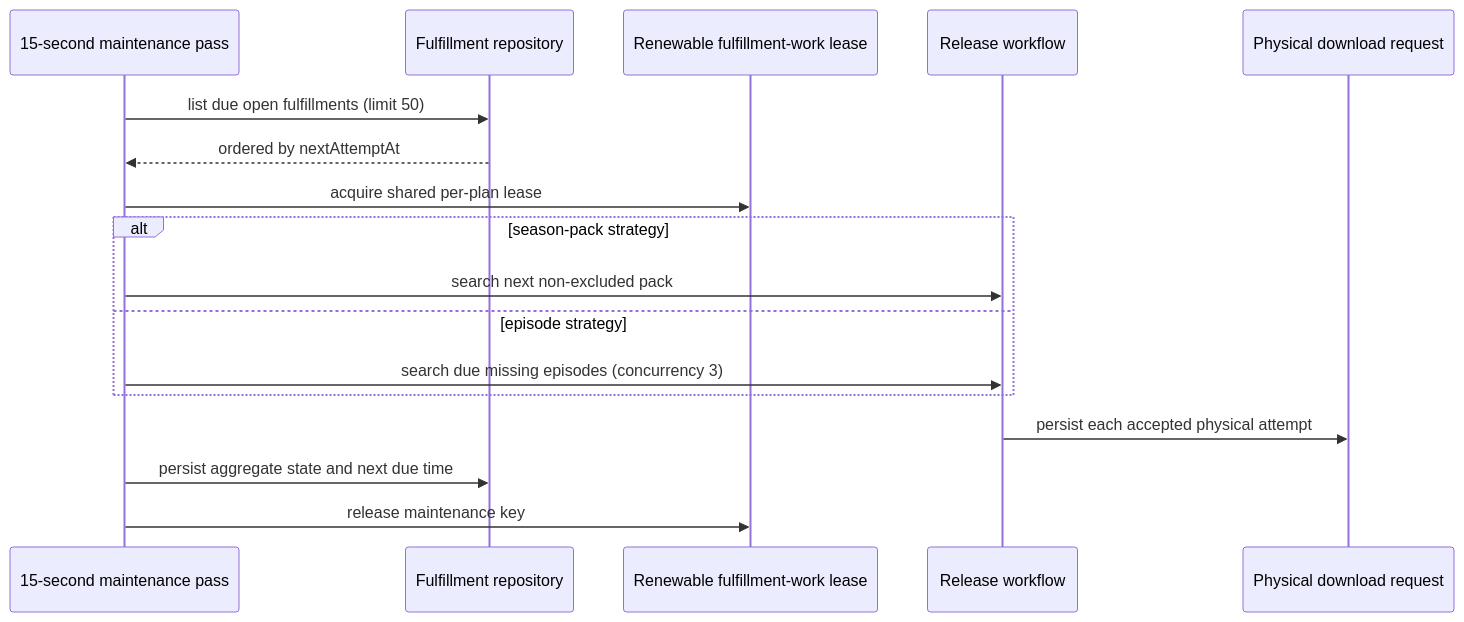
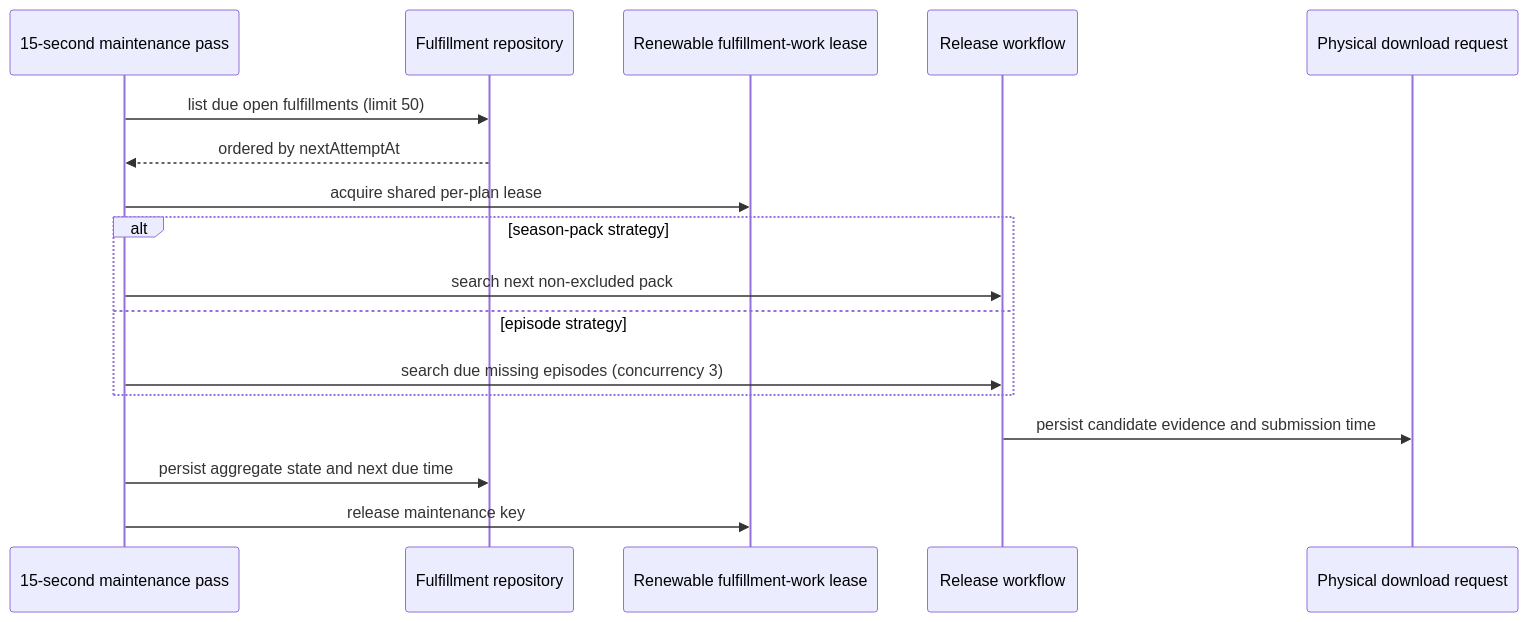
One commit to TannerMidd/Nooklet changed the second of 3 diagrams in docs/wiki/Data-and-Background-Jobs.md. Above: the diagram before and after it, drawn with Mermaid. The commit also changed other lines of this file and 27 other files, not shown here.

````diff
--- a/docs/wiki/Data-and-Background-Jobs.md
+++ b/docs/wiki/Data-and-Background-Jobs.md
@@ -90,20 +90,20 @@
 ```mermaid
 sequenceDiagram
   participant Tick as 15-second maintenance pass
   participant Plan as Fulfillment repository
   participant Guard as Renewable fulfillment-work lease
   participant Search as Release workflow
   participant Request as Physical download request
 
   Tick->>Plan: list due open fulfillments (limit 50)
   Plan-->>Tick: ordered by nextAttemptAt
   Tick->>Guard: acquire shared per-plan lease
   alt season-pack strategy
     Tick->>Search: search next non-excluded pack
   else episode strategy
     Tick->>Search: search due missing episodes (concurrency 3)
   end
-  Search->>Request: persist each accepted physical attempt
+  Search->>Request: persist candidate evidence and submission time
   Tick->>Plan: persist aggregate state and next due time
   Tick->>Guard: release maintenance key
 ```
````
